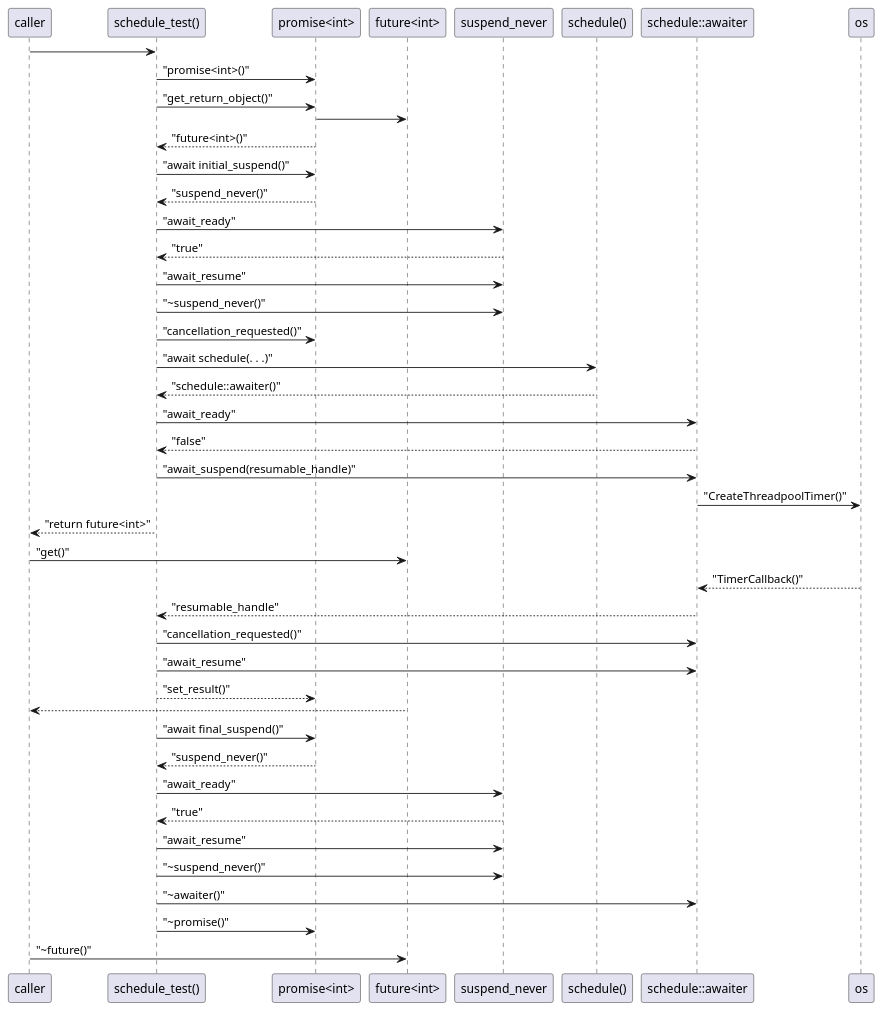
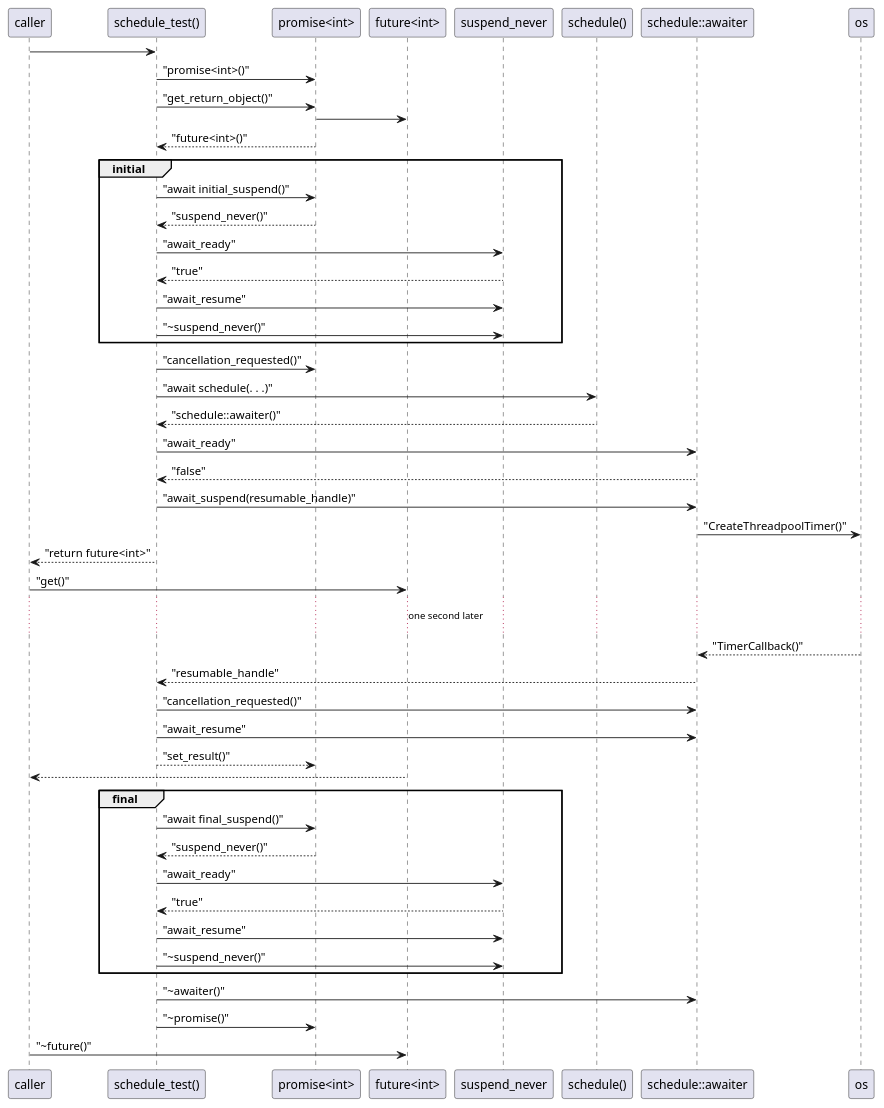
One commit to xbanks/kirkshoop.github.io changed the diagram in _posts/2015-03-13-await-in-c++-await-the-future.markdown. Above: the diagram before and after it, drawn with PlantUML. The commit also changed other lines of this file and 3 other files, not shown here.

```diff
--- a/_posts/2015-03-13-await-in-c++-await-the-future.markdown
+++ b/_posts/2015-03-13-await-in-c++-await-the-future.markdown
@@ -100,37 +100,42 @@
 {% plantuml %}
 "caller" -> "schedule_test()" 
 "schedule_test()" -> "promise<int>": "promise<int>()"
 "schedule_test()" -> "promise<int>": "get_return_object()"
 "promise<int>" -> "future<int>"
 "schedule_test()" <-- "promise<int>": "future<int>()"
-"schedule_test()" -> "promise<int>": "await initial_suspend()"
-"schedule_test()" <-- "promise<int>": "suspend_never()"
-"schedule_test()" -> "suspend_never": "await_ready"
-"schedule_test()" <-- "suspend_never": "true"
-"schedule_test()" -> "suspend_never": "await_resume"
-"schedule_test()" -> "suspend_never": "~suspend_never()"
+group initial
+  "schedule_test()" -> "promise<int>": "await initial_suspend()"
+  "schedule_test()" <-- "promise<int>": "suspend_never()"
+  "schedule_test()" -> "suspend_never": "await_ready"
+  "schedule_test()" <-- "suspend_never": "true"
+  "schedule_test()" -> "suspend_never": "await_resume"
+  "schedule_test()" -> "suspend_never": "~suspend_never()"
+end
 "schedule_test()" -> "promise<int>": "cancellation_requested()"
 "schedule_test()" -> "schedule()": "await schedule(. . .)"
 "schedule_test()" <-- "schedule()": "schedule::awaiter()"
 "schedule_test()" -> "schedule::awaiter": "await_ready"
 "schedule_test()" <-- "schedule::awaiter": "false"
 "schedule_test()" -> "schedule::awaiter": "await_suspend(resumable_handle)"
 "schedule::awaiter" -> "os": "CreateThreadpoolTimer()"
 "caller" <-- "schedule_test()": "return future<int>"
 "caller" -> "future<int>" : "get()"
+... one second later ...
 "schedule::awaiter" <-- "os": "TimerCallback()"
 "schedule_test()" <-- "schedule::awaiter": "resumable_handle"
 "schedule_test()" -> "schedule::awaiter": "cancellation_requested()"
 "schedule_test()" -> "schedule::awaiter": "await_resume"
 "promise<int>"  <-- "schedule_test()": "set_result()"
 "caller" <-- "future<int>" 
-"schedule_test()" -> "promise<int>": "await final_suspend()"
-"schedule_test()" <-- "promise<int>": "suspend_never()"
-"schedule_test()" -> "suspend_never": "await_ready"
-"schedule_test()" <-- "suspend_never": "true"
-"schedule_test()" -> "suspend_never": "await_resume"
-"schedule_test()" -> "suspend_never": "~suspend_never()"
+group final
+  "schedule_test()" -> "promise<int>": "await final_suspend()"
+  "schedule_test()" <-- "promise<int>": "suspend_never()"
+  "schedule_test()" -> "suspend_never": "await_ready"
+  "schedule_test()" <-- "suspend_never": "true"
+  "schedule_test()" -> "suspend_never": "await_resume"
+  "schedule_test()" -> "suspend_never": "~suspend_never()"
+end
 "schedule_test()" -> "schedule::awaiter": "~awaiter()"
 "schedule_test()" -> "promise<int>": "~promise()"
 "caller" -> "future<int>": "~future()" 
 {% endplantuml %}
```
